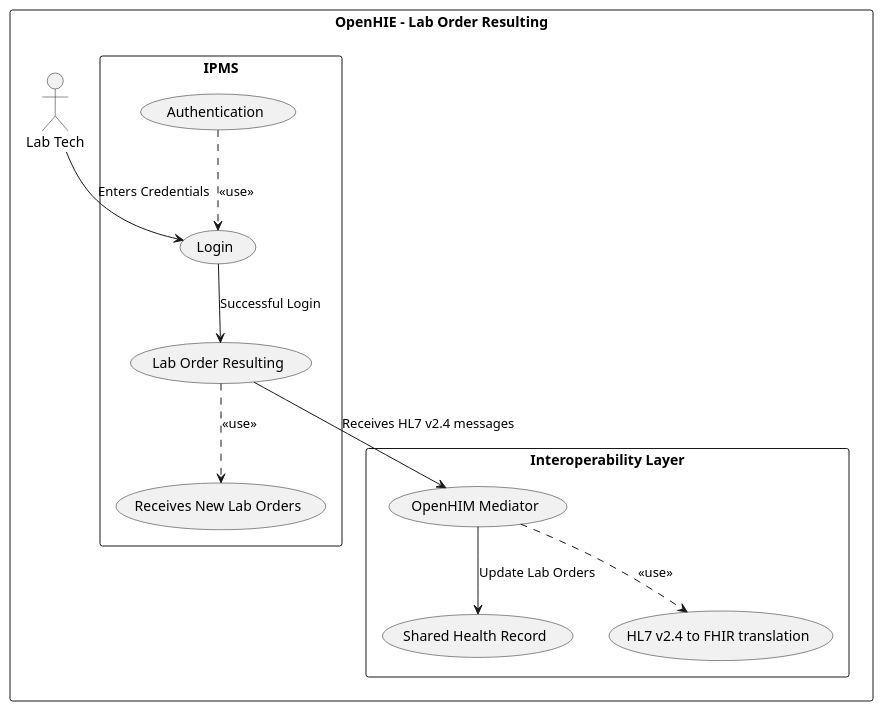
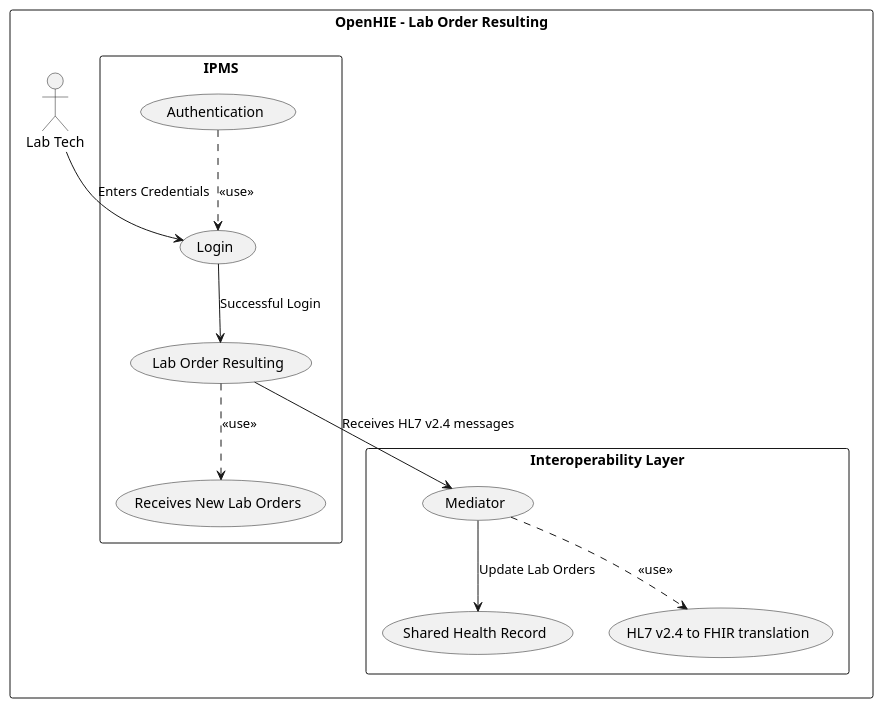
Before and after one commit to jembi/botswana-hie-fhir-ig: the diagram in input/images-source/LabOrderResulting.plantuml, drawn with PlantUML. The commit also changed 4 other files, not shown here.

```diff
--- a/input/images-source/LabOrderResulting.plantuml
+++ b/input/images-source/LabOrderResulting.plantuml
@@ -1,31 +1,31 @@
 @startuml LabOrderResulting
 top to bottom direction
 rectangle "OpenHIE - Lab Order Resulting" as LabOrderResulting {
   actor "Lab Tech" as labTech
   rectangle IPMS {
   usecase "Login" as LOR1
   usecase "Authentication" as LOR2
   usecase "Lab Order Resulting" as LOR3
   usecase "Receives New Lab Orders" as LOR4
   }
 
 labTech --> LOR1 : "Enters Credentials"
 
 (LOR2) ..> (LOR1) : "<<use>>"
 (LOR3) ..> (LOR4) : "<<use>>"
 
 LOR1 --> LOR3 : "Successful Login"
 
   rectangle "Interoperability Layer" {
-  usecase "OpenHIM Mediator" as IL1
+  usecase "Mediator" as IL1
   usecase "Shared Health Record" as IL2
   usecase "HL7 v2.4 to FHIR translation" as IL3
   }
   LOR3 --> IL1 : "Receives HL7 v2.4 messages"
 
   IL1 --> IL2 : "Update Lab Orders"
 
   (IL1) ..> (IL3) : "<<use>>"
 }
 
 @enduml
```
